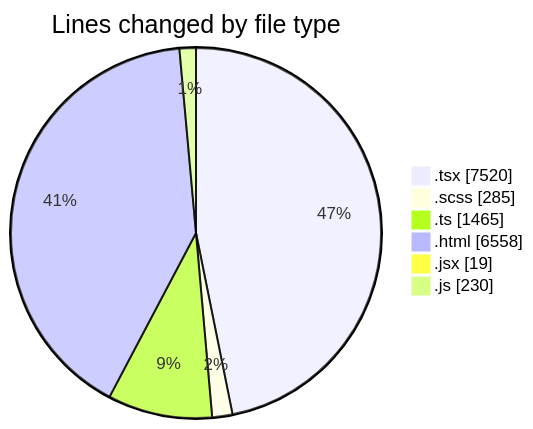
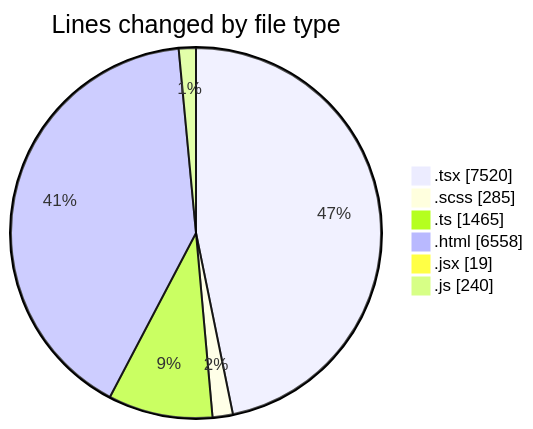
One commit to momahboobian/code-tracking changed the first of 2 diagrams in 2026-02-25/cda/README.md. Above: the diagram before and after it, drawn with Mermaid. The commit also changed other lines of this file and 1 other file, not shown here.

````diff
--- a/2026-02-25/cda/README.md
+++ b/2026-02-25/cda/README.md
@@ -29,10 +29,10 @@
 ```mermaid
 pie showData
 title Lines changed by file type
 ".tsx" : 7520
 ".scss" : 285
 ".ts" : 1465
 ".html" : 6558
 ".jsx" : 19
-".js" : 230
+".js" : 240
 ```
````
